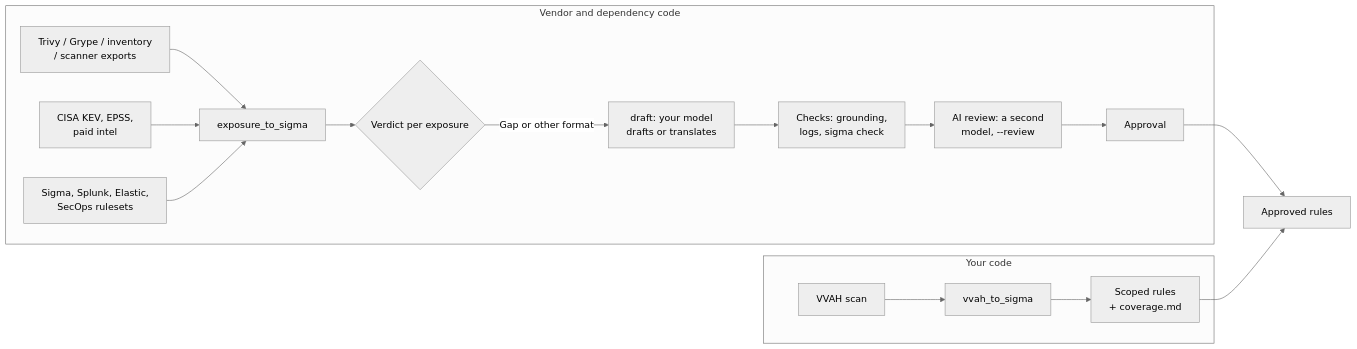
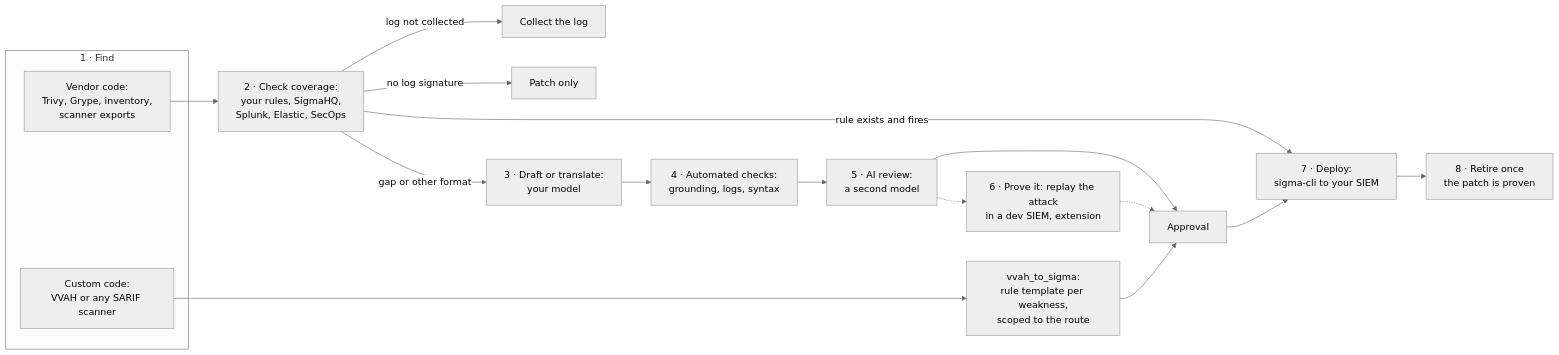
One commit to usmanaminch/ai-mastery-2026 changed the diagram in vvah-to-sigma/README.md. Above: the diagram before and after it, drawn with Mermaid (neutral theme). The commit also changed other lines of this file, not shown here.

First line of the commit message:
vvah-to-sigma README: flow diagram matches the article's 8 stages; results split into drafter outcomes and both reviews

````diff
--- a/vvah-to-sigma/README.md
+++ b/vvah-to-sigma/README.md
@@ -6,18 +6,21 @@
 ```mermaid
 flowchart LR
-  subgraph Own["Your code"]
-    A[VVAH scan] --> B[vvah_to_sigma] --> C[Scoped rules<br>+ coverage.md]
+  subgraph Find["1 · Find"]
+    A[Custom code:<br>VVAH or any SARIF scanner]
+    B[Vendor code:<br>Trivy, Grype, inventory,<br>scanner exports]
   end
-  subgraph Vendor["Vendor and dependency code"]
-    D[Trivy / Grype / inventory<br>/ scanner exports] --> E[exposure_to_sigma]
-    F[CISA KEV, EPSS,<br>paid intel] --> E
-    G[Sigma, Splunk, Elastic,<br>SecOps rulesets] --> E
-    E --> H{Verdict per exposure}
-    H -->|Gap or other format| I[draft: your model<br>drafts or translates]
-    I --> J[Checks: grounding,<br>logs, sigma check]
-    J --> R[AI review: a second<br>model, --review]
-    R --> K[Approval]
-  end
-  K --> L[Approved rules]
-  C --> L
+  A --> T[vvah_to_sigma:<br>rule template per weakness,<br>scoped to the route]
+  B --> C[2 · Check coverage:<br>your rules, SigmaHQ,<br>Splunk, Elastic, SecOps]
+  C -->|rule exists and fires| DEP
+  C -->|log not collected| LOG[Collect the log]
+  C -->|no log signature| PAT[Patch only]
+  C -->|gap or other format| D[3 · Draft or translate:<br>your model]
+  D --> E[4 · Automated checks:<br>grounding, logs, syntax]
+  E --> F[5 · AI review:<br>a second model]
+  F -.-> P6[6 · Prove it: replay the attack<br>in a dev SIEM, extension]
+  F --> AP[Approval]
+  P6 -.-> AP
+  T --> AP
+  AP --> DEP[7 · Deploy:<br>sigma-cli to your SIEM]
+  DEP --> RET[8 · Retire once<br>the patch is proven]
 ```
````
